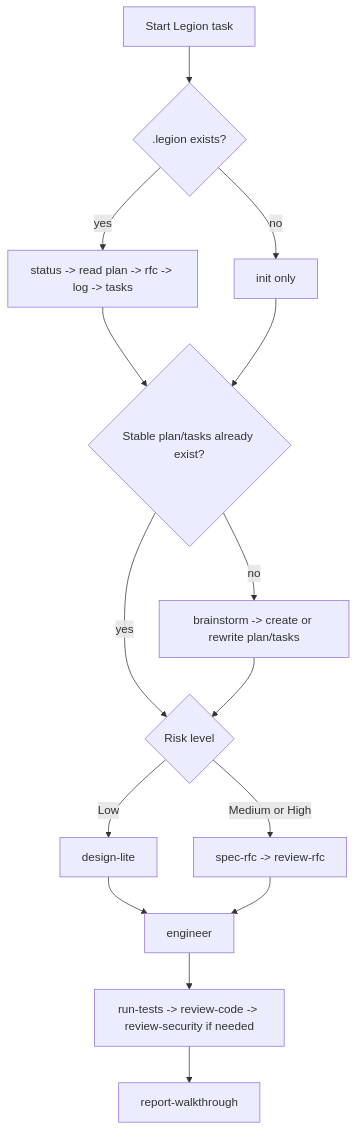
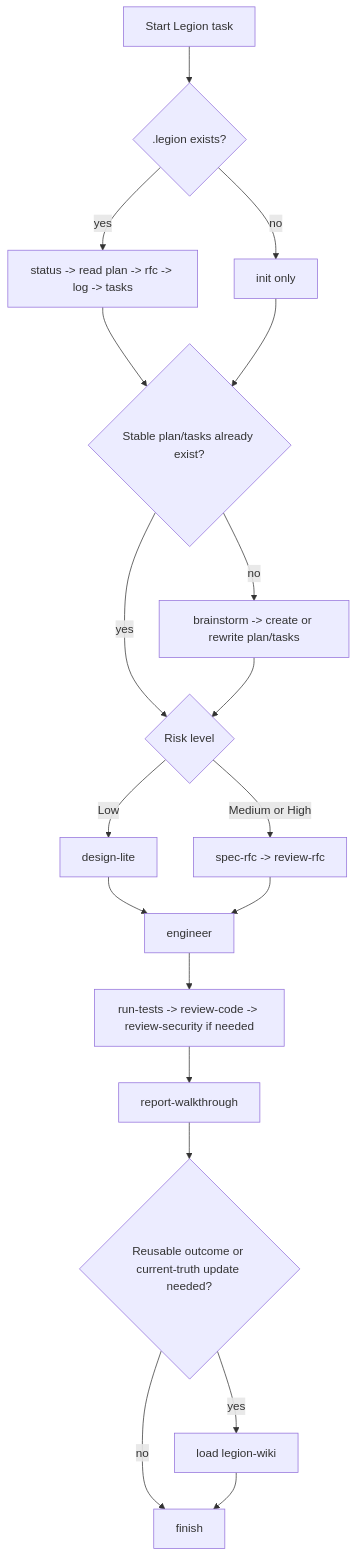
One commit to Thrimbda/legion-mind changed the second of 3 diagrams in skills/legion-workflow/SKILL.md. Above: the diagram before and after it, drawn with Mermaid. The commit also changed other lines of this file and 30 other files, not shown here.

````diff
--- a/skills/legion-workflow/SKILL.md
+++ b/skills/legion-workflow/SKILL.md
@@ -84,17 +93,21 @@
 ```mermaid
 flowchart TD
     A[Start Legion task] --> B{.legion exists?}
     B -- yes --> C[status -> read plan -> rfc -> log -> tasks]
     B -- no --> D[init only]
     C --> E{Stable plan/tasks already exist?}
     D --> E
     E -- no --> F[brainstorm -> create or rewrite plan/tasks]
     E -- yes --> G{Risk level}
     F --> G
     G -- Low --> H[design-lite]
     G -- Medium or High --> I[spec-rfc -> review-rfc]
     H --> J[engineer]
     I --> J
     J --> K[run-tests -> review-code -> review-security if needed]
     K --> L[report-walkthrough]
+    L --> M{Reusable outcome or current-truth update needed?}
+    M -- yes --> N[load legion-wiki]
+    M -- no --> O[finish]
+    N --> O
 ```
````
